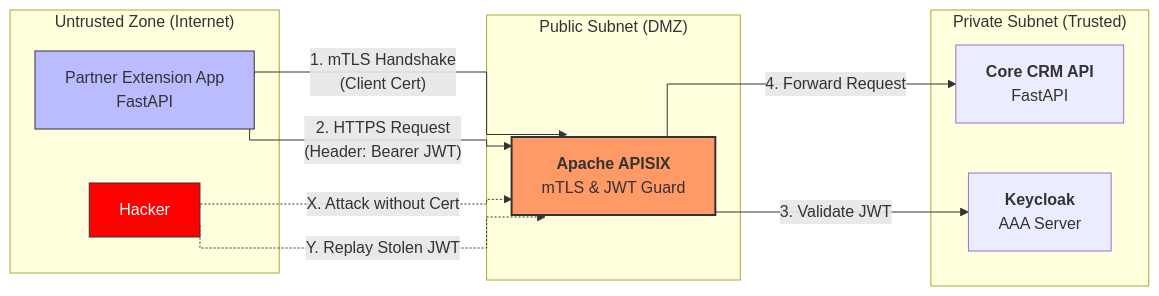
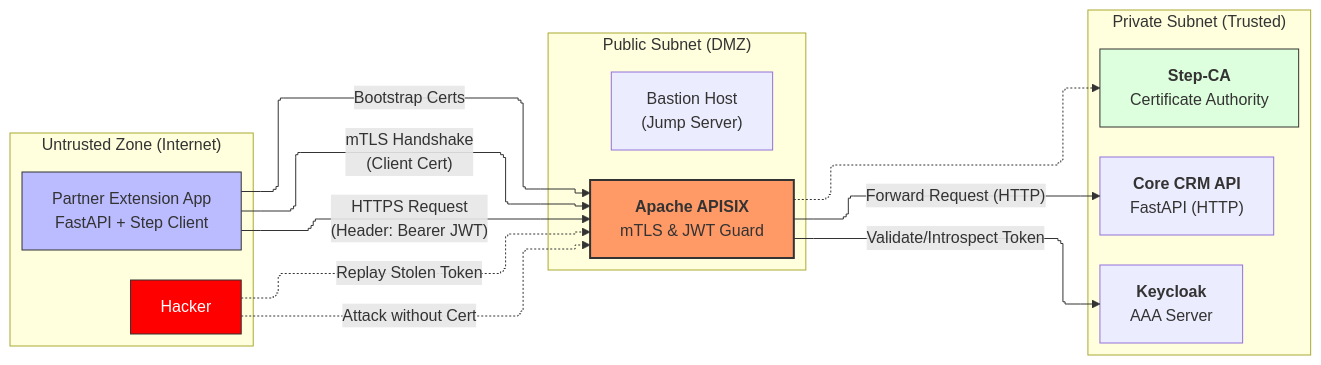
The first of 2 diagrams in docs/propose5.md (pxuanbach/Zero-Trust-API-Authentication), drawn with Mermaid before and after one commit. The commit also changed 3 other files, not shown here.

Commit message:
Update CRM app to HTTP, adjust APISIX routes and docs

````diff
--- a/docs/propose5.md
+++ b/docs/propose5.md
@@ -44,37 +44,37 @@
 ```mermaid
 ---
 config:
   flowchart:
     curve: stepBefore
   themeVariables:
     fontSize: 16px
+  layout: elk
 ---
 flowchart LR
-    subgraph Internet ["Untrusted Zone (Internet)"]
+ subgraph Internet["Untrusted Zone (Internet)"]
         Hacker["Hacker"]
-        PartnerApp["Partner Extension App<br>FastAPI"]
-    end
+        PartnerApp["Partner Extension App<br>FastAPI + Step Client"]
+  end
+ subgraph DMZ["Public Subnet (DMZ)"]
+        APISIX["<b>Apache APISIX</b><br>mTLS &amp; JWT Guard"]
+        Bastion["Bastion Host<br>(Jump Server)"]
+  end
+ subgraph Internal["Private Subnet (Trusted)"]
+        CoreCRM["<b>Core CRM API</b><br>FastAPI (HTTP)"]
+        Keycloak["<b>Keycloak</b><br>AAA Server"]
+        StepCA["<b>Step-CA</b><br>Certificate Authority"]
+  end
+    PartnerApp -- Bootstrap Certs --> APISIX
+    APISIX -.-> StepCA
+    PartnerApp -- mTLS Handshake<br>(Client Cert) --> APISIX
+    PartnerApp -- HTTPS Request<br>(Header: Bearer JWT) --> APISIX
+    APISIX -- Validate/Introspect Token --> Keycloak
+    APISIX -- Forward Request (HTTP) --> CoreCRM
+    Hacker -. Attack without Cert .-> APISIX
+    Hacker -. Replay Stolen Token .-> APISIX
 
-    subgraph DMZ ["Public Subnet (DMZ)"]
-        APISIX["<b>Apache APISIX</b><br>mTLS & JWT Guard"]
-    end
-
-    subgraph Internal ["Private Subnet (Trusted)"]
-        CoreCRM["<b>Core CRM API</b><br>FastAPI"]
-        Keycloak["<b>Keycloak</b><br>AAA Server"]
-    end
-
-    %% Flows
-    PartnerApp -- "1. mTLS Handshake<br>(Client Cert)" --> APISIX
-    PartnerApp -- "2. HTTPS Request<br>(Header: Bearer JWT)" --> APISIX
-
-    APISIX -- "3. Validate JWT" --> Keycloak
-    APISIX -- "4. Forward Request" --> CoreCRM
-
-    Hacker -. "X. Attack without Cert" .-> APISIX
-    Hacker -. "Y. Replay Stolen JWT" .-> APISIX
-
+    style Hacker fill:#f00,stroke:#333,color:#fff
+    style PartnerApp fill:#bbf,stroke:#333
     style APISIX fill:#f96,stroke:#333,stroke-width:2px
-    style PartnerApp fill:#bbf,stroke:#333
-    style Hacker fill:#f00,stroke:#333,color:#fff
+    style StepCA fill:#dfd,stroke:#333
 ```
````
